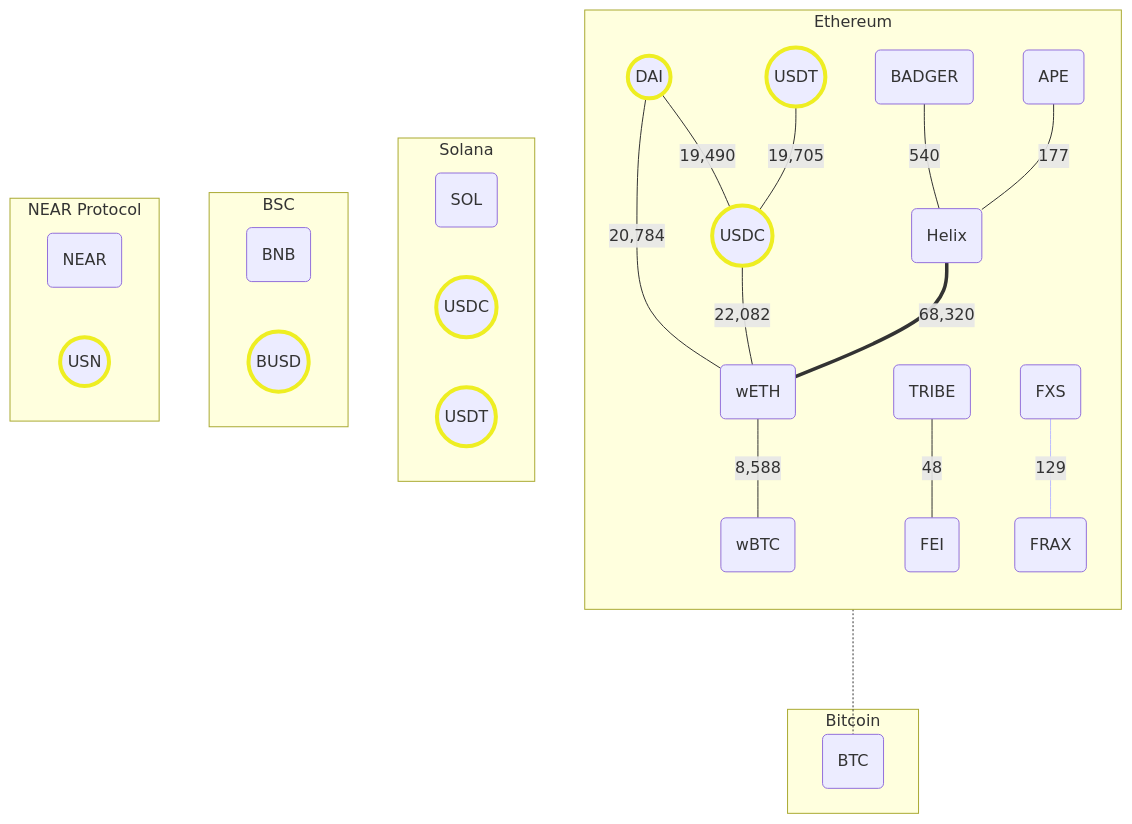
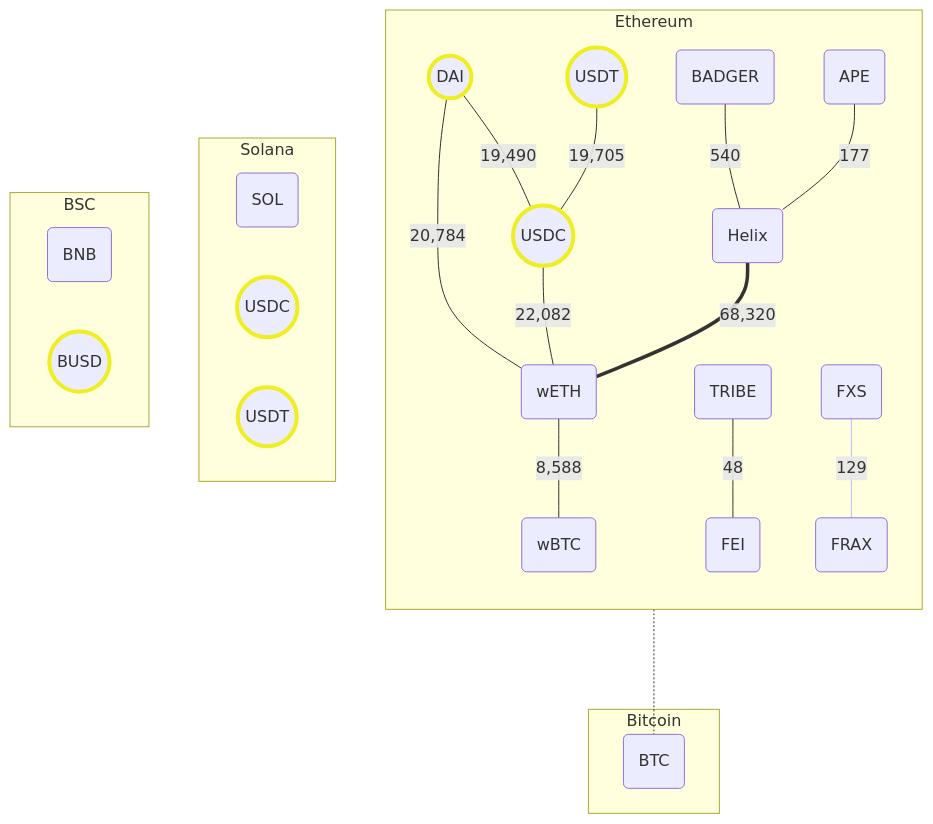
Before and after one commit to WaggMe/documentation-examples: the second of 2 diagrams in helix-finance/liquidity-pools.md, drawn with Mermaid.

````diff
--- a/helix-finance/liquidity-pools.md
+++ b/helix-finance/liquidity-pools.md
@@ -35,55 +35,50 @@
 ```mermaid
 
 flowchart
     classDef stable fill:#ggg,stroke:#EE2,stroke-width:4px;
 
     subgraph Ethereum
         direction TB
         wETH(wETH)
         Helix(Helix)
         wBTC(wBTC)
         TRIBE(TRIBE)
         FEI(FEI)
         FXS(FXS)
         FRAX(FRAX)
         BADGER(BADGER)
         APE(APE)
         ETH_USDC((USDC)):::stable
         ETH_USDT((USDT)):::stable
         DAI((DAI)):::stable
         Helix === |68,320| wETH
         DAI --- |19,490| ETH_USDC
         ETH_USDC --- |22,082| wETH
         DAI --- |20,784| wETH
         ETH_USDT --- |19,705| ETH_USDC
         wETH --- |8,588| wBTC
         TRIBE --- |48| FEI
         FXS --- |129| FRAX
         BADGER --- |540| Helix
         APE --- |177| Helix
     end
 
     subgraph Bitcoin
         BTC(BTC)
     end
 
     wBTC -..- BTC
     
     subgraph Solana
         Sol(SOL)
         SOL_USDC((USDC)):::stable
         SOL_USDT((USDT)):::stable
     end
 
     subgraph BSC
         BNB(BNB)
         BUSDC((BUSD)):::stable
     end
 
-    subgraph NEAR Protocol
-        NEAR(NEAR)
-        USN((USN)):::stable
-    end
-
     linkStyle 7 stroke:#BBF,stroke-width:1px;
 ```
````
